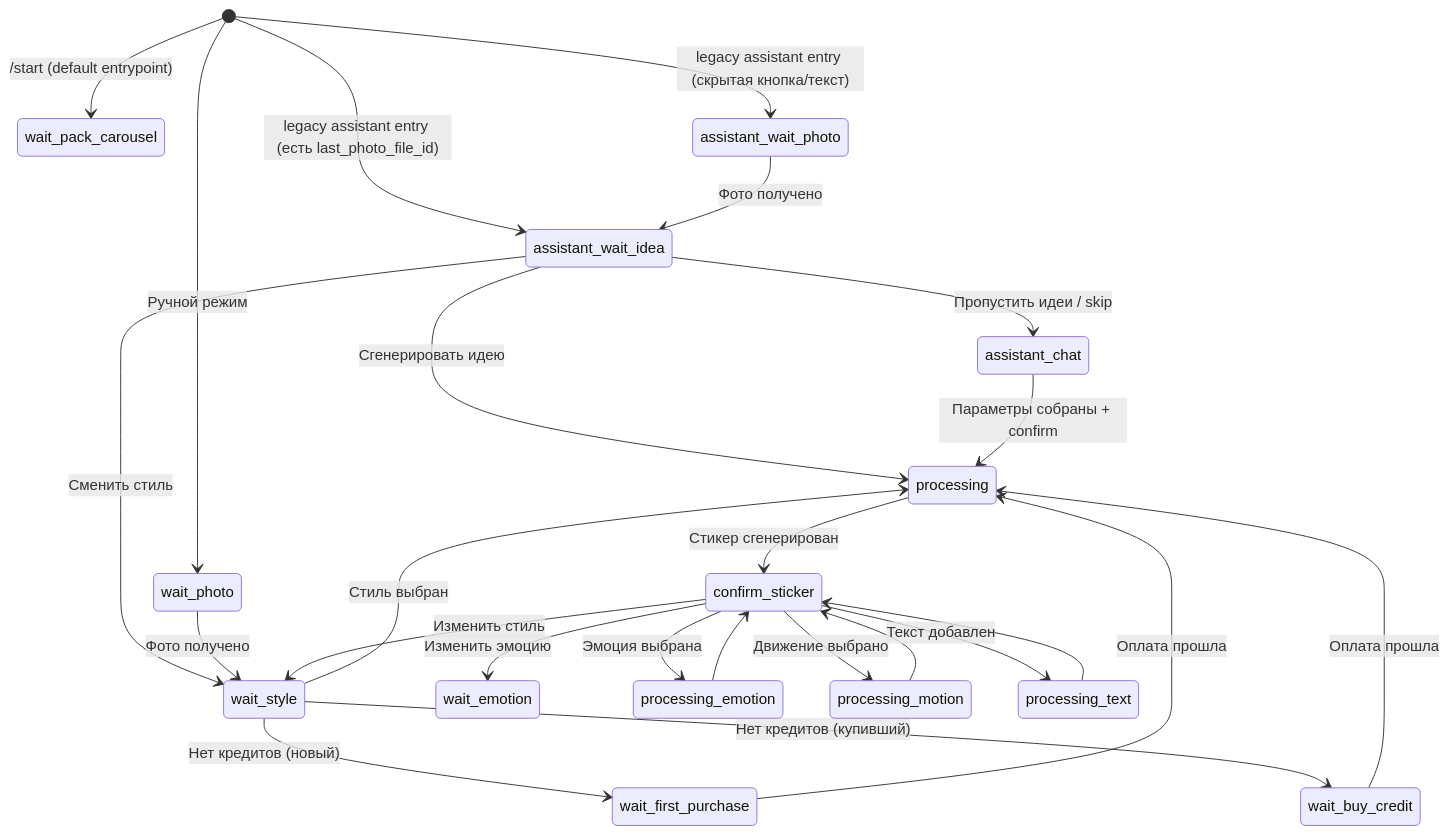
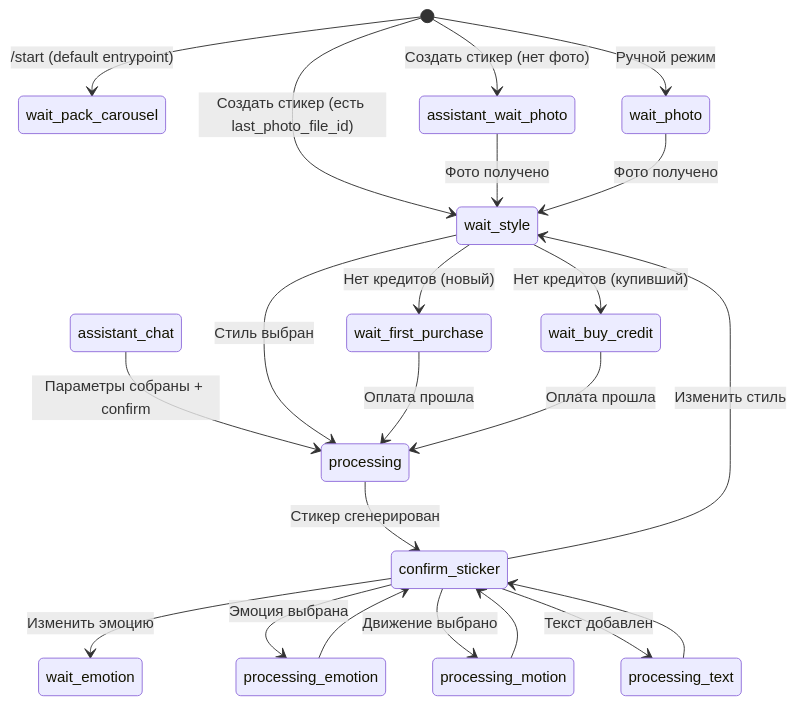
One commit to mazarov/https-github.com-mazarov-photo2sticker-bot changed the first of 2 diagrams in docs/architecture/01-api-bot.md. Above: the diagram before and after it, drawn with Mermaid. The commit also changed other lines of this file and 1 other file, not shown here.

Commit message:
Убрать шаг «идея» в flow «Создать стикер», вернуть выбор стиля
- Фото → сразу wait_style + sendStyleKeyboardFlat (вместо assistant_wait_idea + идеи)
- startAssistantDialog: при lastPhoto → wait_style
- Photo handler: assistant_wait_photo → wait_style
- assistant_new_photo: assistant_wait_idea/photo → wait_style
- Обновлена архитектурная документация

Made-with: Cursor

````diff
--- a/docs/architecture/01-api-bot.md
+++ b/docs/architecture/01-api-bot.md
@@ -11,31 +11,28 @@
 ```mermaid
 stateDiagram-v2
     [*] --> wait_pack_carousel: /start (default entrypoint)
-    [*] --> assistant_wait_photo: legacy assistant entry (скрытая кнопка/текст)
-    [*] --> assistant_wait_idea: legacy assistant entry (есть last_photo_file_id)
-    assistant_wait_photo --> assistant_wait_idea: Фото получено
-    assistant_wait_idea --> assistant_chat: Пропустить идеи / skip
-    assistant_wait_idea --> processing: Сгенерировать идею
-    assistant_wait_idea --> wait_style: Сменить стиль
+    [*] --> assistant_wait_photo: Создать стикер (нет фото)
+    [*] --> wait_style: Создать стикер (есть last_photo_file_id)
+    assistant_wait_photo --> wait_style: Фото получено
     assistant_chat --> processing: Параметры собраны + confirm
 
     [*] --> wait_photo: Ручной режим
     wait_photo --> wait_style: Фото получено
     wait_style --> processing: Стиль выбран
 
     processing --> confirm_sticker: Стикер сгенерирован
     confirm_sticker --> wait_style: Изменить стиль
     confirm_sticker --> wait_emotion: Изменить эмоцию
     confirm_sticker --> processing_emotion: Эмоция выбрана
     confirm_sticker --> processing_motion: Движение выбрано
     confirm_sticker --> processing_text: Текст добавлен
 
     processing_emotion --> confirm_sticker
     processing_motion --> confirm_sticker
     processing_text --> confirm_sticker
 
     wait_style --> wait_first_purchase: Нет кредитов (новый)
     wait_style --> wait_buy_credit: Нет кредитов (купивший)
     wait_first_purchase --> processing: Оплата прошла
     wait_buy_credit --> processing: Оплата прошла
 ```
````
